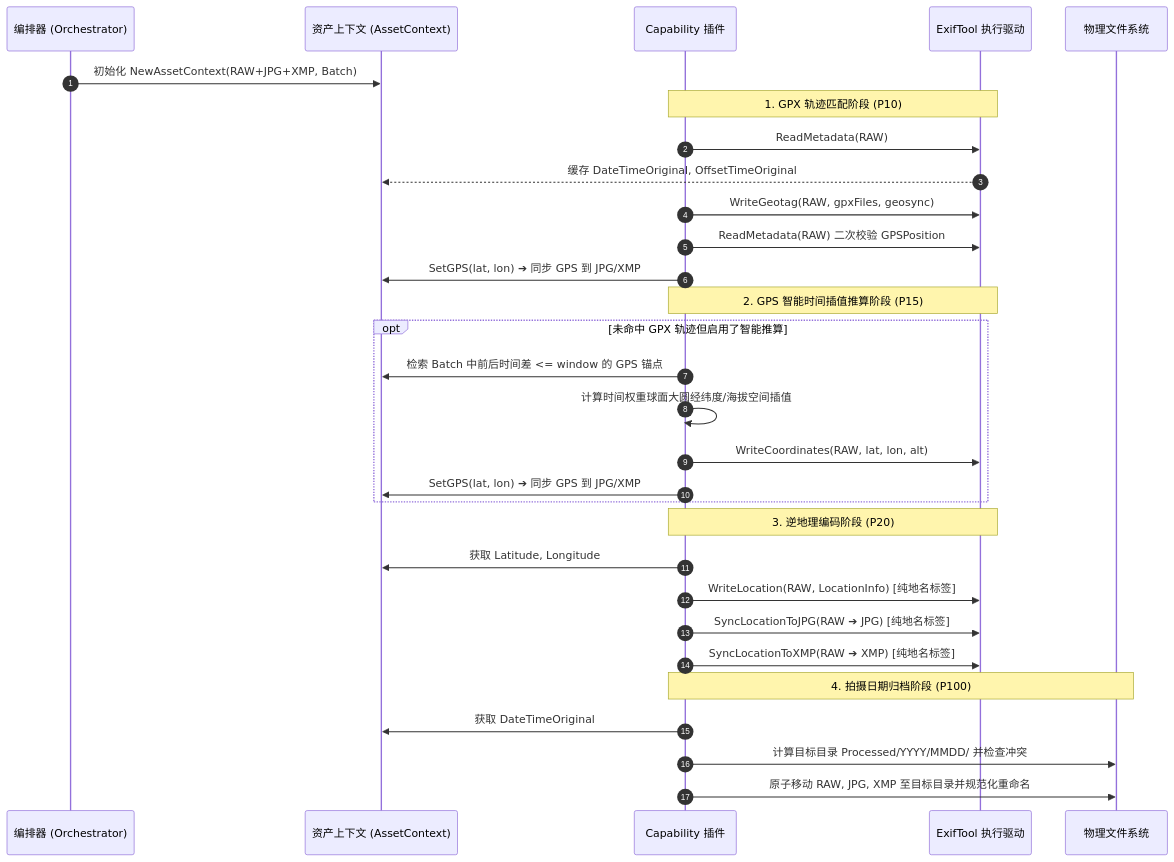
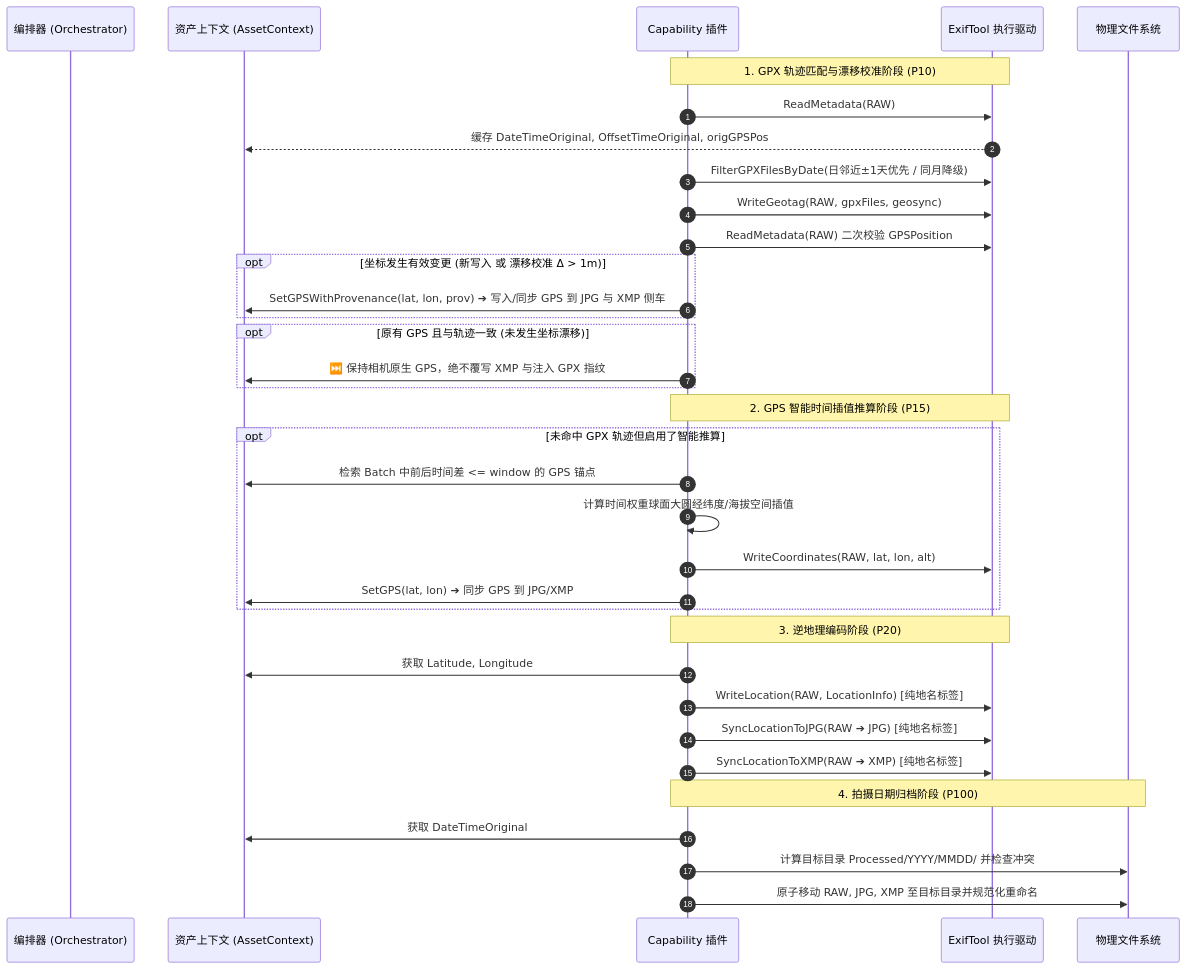
The fifth of 5 diagrams in docs/ARCHITECTURE_AND_DESIGN.md (vincentchyu/photools), drawn with Mermaid before and after one commit. The commit also changed 60 other files, not shown here.

````diff
--- a/docs/ARCHITECTURE_AND_DESIGN.md
+++ b/docs/ARCHITECTURE_AND_DESIGN.md
@@ -301,37 +301,41 @@
 ```mermaid
 sequenceDiagram
     autonumber
     participant Orch as 编排器 (Orchestrator)
     participant Actx as 资产上下文 (AssetContext)
     participant Cap as Capability 插件
     participant Exif as ExifTool 执行驱动
     participant FS as 物理文件系统
 
-    Orch->>Actx: 初始化 NewAssetContext(RAW+JPG+XMP, Batch)
-    
-    note over Cap,Exif: 1. GPX 轨迹匹配阶段 (P10)
+    note over Cap,Exif: 1. GPX 轨迹匹配与漂移校准阶段 (P10)
     Cap->>Exif: ReadMetadata(RAW)
-    Exif-->>Actx: 缓存 DateTimeOriginal, OffsetTimeOriginal
+    Exif-->>Actx: 缓存 DateTimeOriginal, OffsetTimeOriginal, origGPSPos
+    Cap->>Exif: FilterGPXFilesByDate(日邻近±1天优先 / 同月降级)
     Cap->>Exif: WriteGeotag(RAW, gpxFiles, geosync)
     Cap->>Exif: ReadMetadata(RAW) 二次校验 GPSPosition
-    Cap->>Actx: SetGPS(lat, lon) ➔ 同步 GPS 到 JPG/XMP
+    opt 坐标发生有效变更 (新写入 或 漂移校准 Δ > 1m)
+        Cap->>Actx: SetGPSWithProvenance(lat, lon, prov) ➔ 写入/同步 GPS 到 JPG 与 XMP 侧车
+    end
+    opt 原有 GPS 且与轨迹一致 (未发生坐标漂移)
+        Cap->>Actx: ⏭️ 保持相机原生 GPS，绝不覆写 XMP 与注入 GPX 指纹
+    end
 
     note over Cap,Exif: 2. GPS 智能时间插值推算阶段 (P15)
     opt 未命中 GPX 轨迹但启用了智能推算
         Cap->>Actx: 检索 Batch 中前后时间差 <= window 的 GPS 锚点
         Cap->>Cap: 计算时间权重球面大圆经纬度/海拔空间插值
         Cap->>Exif: WriteCoordinates(RAW, lat, lon, alt)
         Cap->>Actx: SetGPS(lat, lon) ➔ 同步 GPS 到 JPG/XMP
     end
     
     note over Cap,Exif: 3. 逆地理编码阶段 (P20)
     Cap->>Actx: 获取 Latitude, Longitude
     Cap->>Exif: WriteLocation(RAW, LocationInfo) [纯地名标签]
     Cap->>Exif: SyncLocationToJPG(RAW ➔ JPG) [纯地名标签]
     Cap->>Exif: SyncLocationToXMP(RAW ➔ XMP) [纯地名标签]
 
     note over Cap,FS: 4. 拍摄日期归档阶段 (P100)
     Cap->>Actx: 获取 DateTimeOriginal
     Cap->>FS: 计算目标目录 Processed/YYYY/MMDD/ 并检查冲突
     Cap->>FS: 原子移动 RAW, JPG, XMP 至目标目录并规范化重命名
 ```
````
